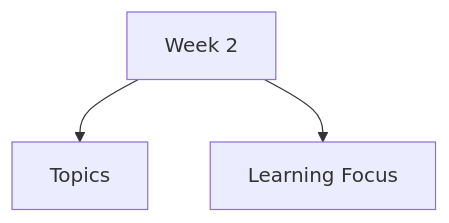
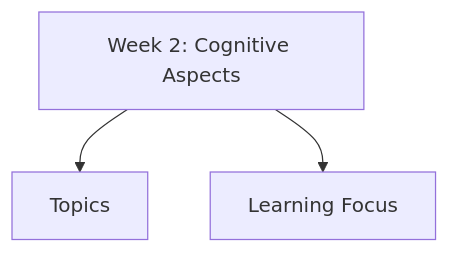
Before and after one commit to abdulahshoaib/ahci: the diagram in content/docs/week-2/_index.md, drawn with Mermaid. The commit also changed other lines of this file and 10 other files, not shown here.

````diff
--- a/content/docs/week-2/_index.md
+++ b/content/docs/week-2/_index.md
@@ -11,6 +12,6 @@
 ```mermaid
 flowchart TD
-    T["Week 2"]
+    T["Week 2: Cognitive Aspects"]
     T --> S1["Topics"]
     T --> S2["Learning Focus"]
 ```
````
